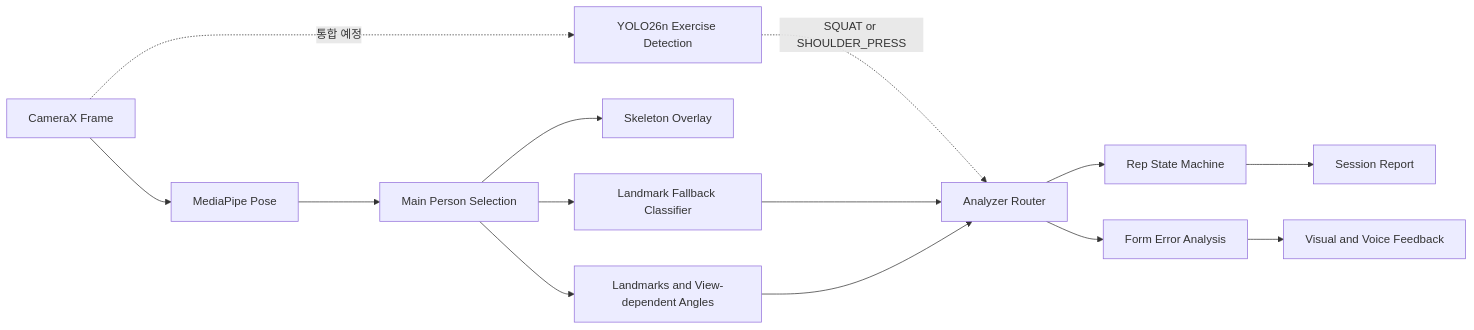
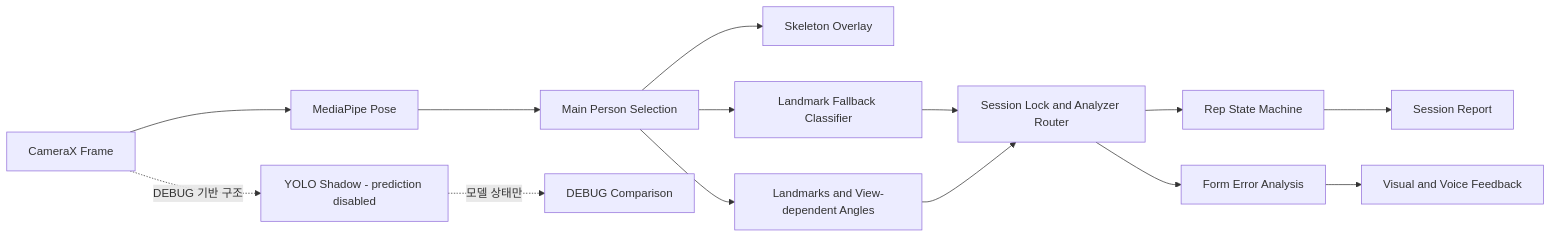
One commit to WhiteBearCode02/ArPtApp changed the first of 2 diagrams in README.md. Above: the diagram before and after it, drawn with Mermaid. The commit also changed other lines of this file and 21 other files, not shown here.

First line of the commit message:
export 계약 미확인 상태의 YOLO Shadow Mode 기반 구조 추가

````diff
--- a/README.md
+++ b/README.md
@@ -84,16 +84,16 @@
 ```mermaid
 flowchart LR
     CAM[CameraX Frame] --> POSE[MediaPipe Pose]
-    CAM -. 통합 예정 .-> YOLO[YOLO26n Exercise Detection]
+    CAM -. DEBUG 기반 구조 .-> YOLO[YOLO Shadow - prediction disabled]
     POSE --> PERSON[Main Person Selection]
     PERSON --> OVERLAY[Skeleton Overlay]
     PERSON --> JOINT[Landmarks and View-dependent Angles]
     PERSON --> FALLBACK[Landmark Fallback Classifier]
-    YOLO -. SQUAT or SHOULDER_PRESS .-> ROUTER[Analyzer Router]
-    FALLBACK --> ROUTER
+    YOLO -. 모델 상태만 .-> DIAG[DEBUG Comparison]
+    FALLBACK --> ROUTER[Session Lock and Analyzer Router]
     JOINT --> ROUTER
     ROUTER --> STATE[Rep State Machine]
     ROUTER --> FORM[Form Error Analysis]
     STATE --> REPORT[Session Report]
     FORM --> FEEDBACK[Visual and Voice Feedback]
 ```
````
